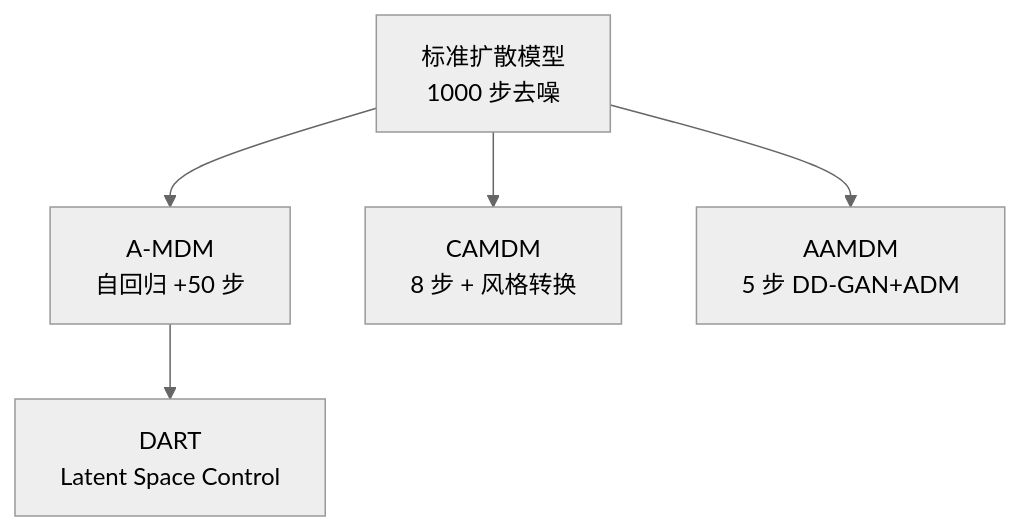
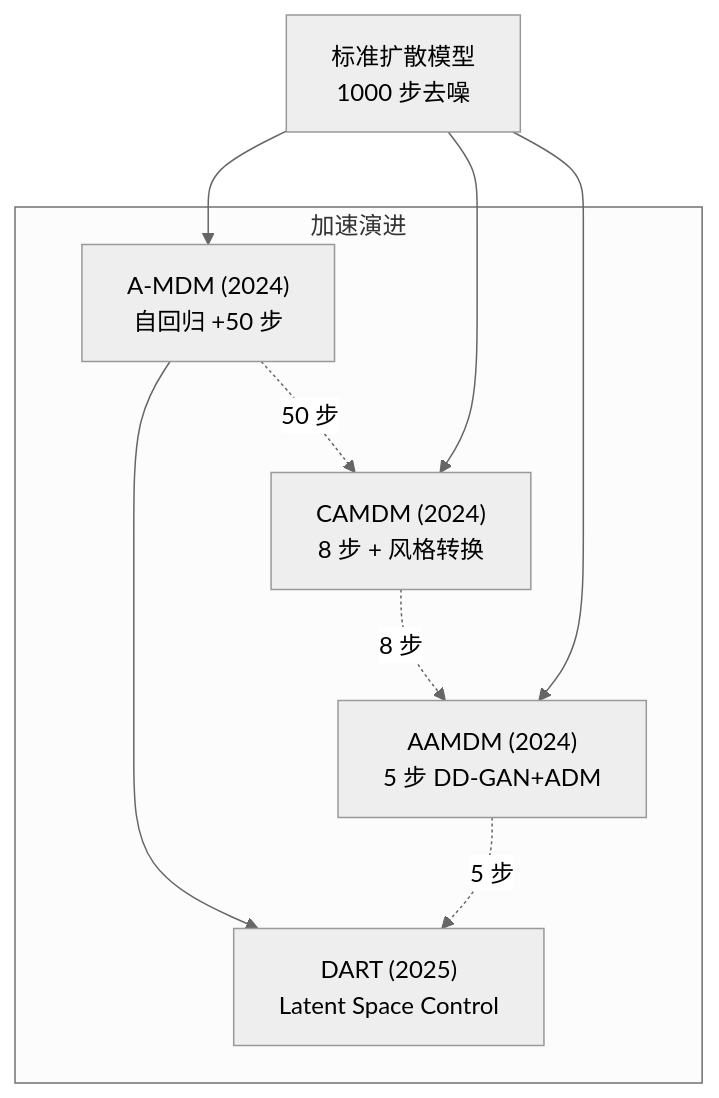
Before and after one commit to CaterpillarStudyGroup/GAMES105_mdbook: diagram 11 of 26 in src/Locomotion_Survey.md, drawn with Mermaid (neutral theme). The commit also changed other lines of this file, not shown here.

````diff
--- a/src/Locomotion_Survey.md
+++ b/src/Locomotion_Survey.md
@@ -445,7 +497,13 @@
 ```mermaid
 flowchart TB
-    DM["标准扩散模型<br/>1000 步去噪"] --> AMDM["A-MDM<br/>自回归 +50 步"]
-    DM --> CAMDM["CAMDM<br/>8 步 + 风格转换"]
-    DM --> AAMDM["AAMDM<br/>5 步 DD-GAN+ADM"]
-    AMDM --> DART["DART<br/>Latent Space Control"]
+    DM["标准扩散模型<br/>1000 步去噪"] --> AMDM["A-MDM (2024)<br/>自回归 +50 步"]
+    DM --> CAMDM["CAMDM (2024)<br/>8 步 + 风格转换"]
+    DM --> AAMDM["AAMDM (2024)<br/>5 步 DD-GAN+ADM"]
+    AMDM --> DART["DART (2025)<br/>Latent Space Control"]
+
+    subgraph 加速演进
+    AMDM -.->|50 步 | CAMDM
+    CAMDM -.->|8 步 | AAMDM
+    AAMDM -.->|5 步 | DART
+    end
 ```
````
